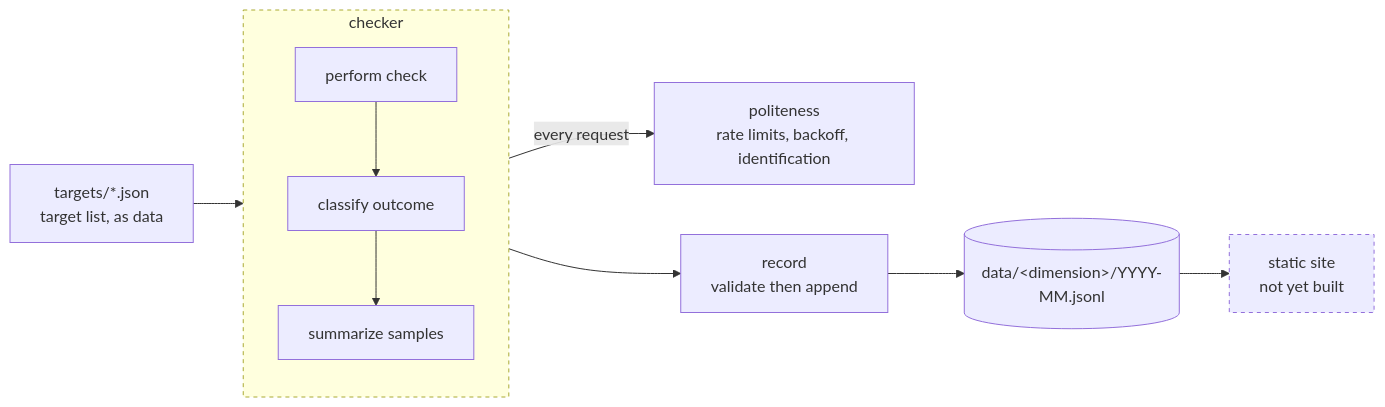
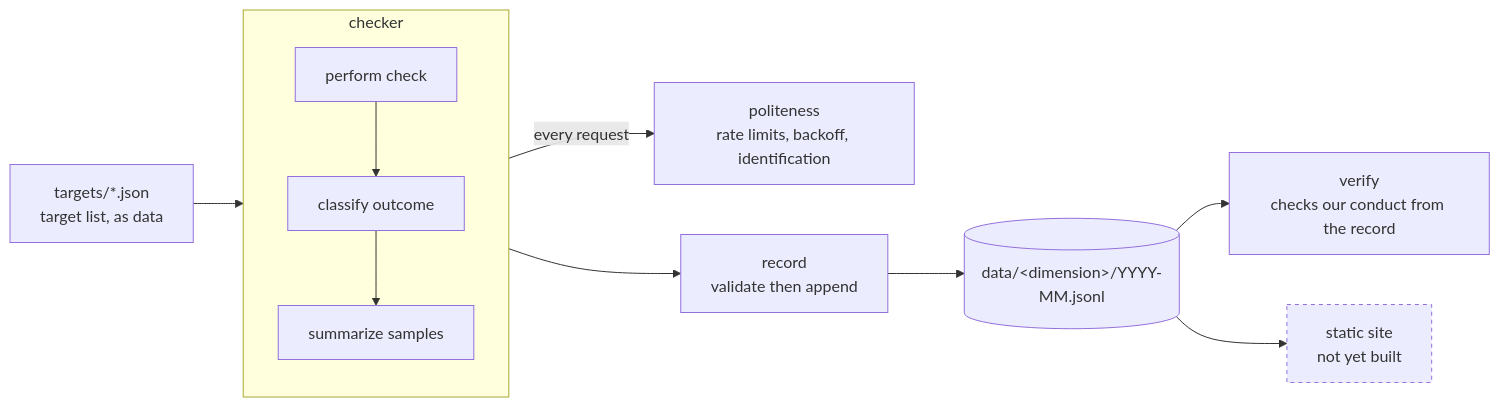
Before and after one commit to theDotGovDev/govWebChecker: the first of 2 diagrams in ARCHITECTURE.md, drawn with Mermaid. The commit also changed other lines of this file and 21 other files, not shown here.

````diff
--- a/ARCHITECTURE.md
+++ b/ARCHITECTURE.md
@@ -14,17 +15,17 @@
 ```mermaid
 flowchart LR
     targets[targets/*.json<br/>target list, as data] --> checker
     subgraph checker[checker]
         direction TB
         C1[perform check] --> C2[classify outcome]
         C2 --> C3[summarize samples]
     end
     checker -->|every request| politeness
     politeness[politeness<br/>rate limits, backoff, identification]
     checker --> record[record<br/>validate then append]
     record --> data[(data/&lt;dimension&gt;/YYYY-MM.jsonl)]
+    data --> verify[verify<br/>checks our conduct from the record]
     data --> site[static site<br/>not yet built]
 
-    style checker stroke-dasharray: 4 4
     style site stroke-dasharray: 4 4
 ```
````
